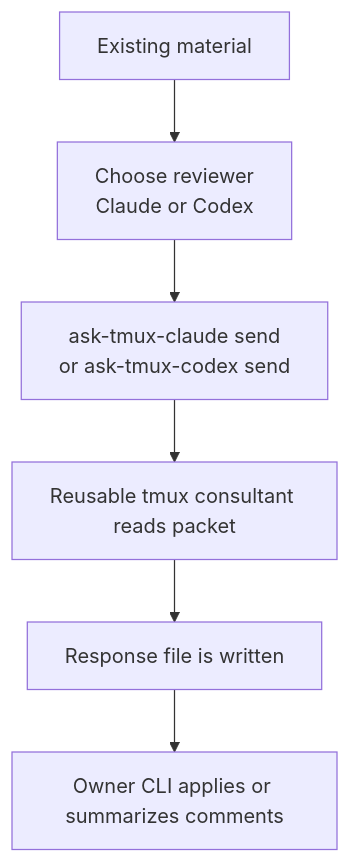
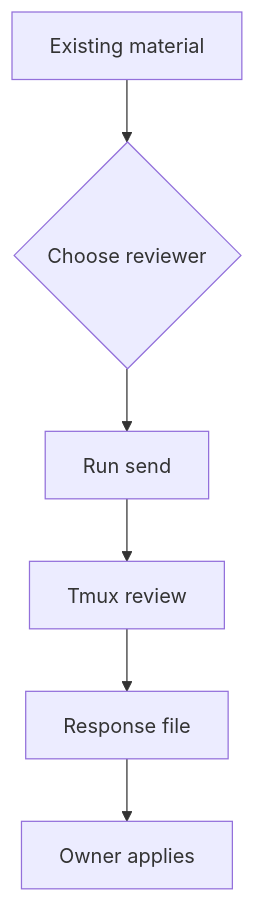
One commit to TrailblazerSR/ask-tmux-pipeline changed the second of 7 diagrams in README.md. Above: the diagram before and after it, drawn with Mermaid. The commit also changed other lines of this file, not shown here.

First line of the commit message:
Make README flowcharts render without clipped labels

````diff
--- a/README.md
+++ b/README.md
@@ -113,8 +118,11 @@
 ```mermaid
 flowchart TD
-  A[Existing material] --> B[Choose reviewer<br/>Claude or Codex]
-  B --> C[ask-tmux-claude send<br/>or ask-tmux-codex send]
-  C --> D[Reusable tmux consultant reads packet]
-  D --> E[Response file is written]
-  E --> F[Owner CLI applies or summarizes comments]
+    accTitle: Review Existing Material
+    accDescr: Review flow for sending existing files or artifacts to a reusable tmux Claude or Codex consultant session
+
+    existing_material[Existing material] --> choose_reviewer{Choose reviewer}
+    choose_reviewer --> send_packet[Run send]
+    send_packet --> tmux_review[Tmux review]
+    tmux_review --> response_file[Response file]
+    response_file --> owner_apply[Owner applies]
 ```
````
